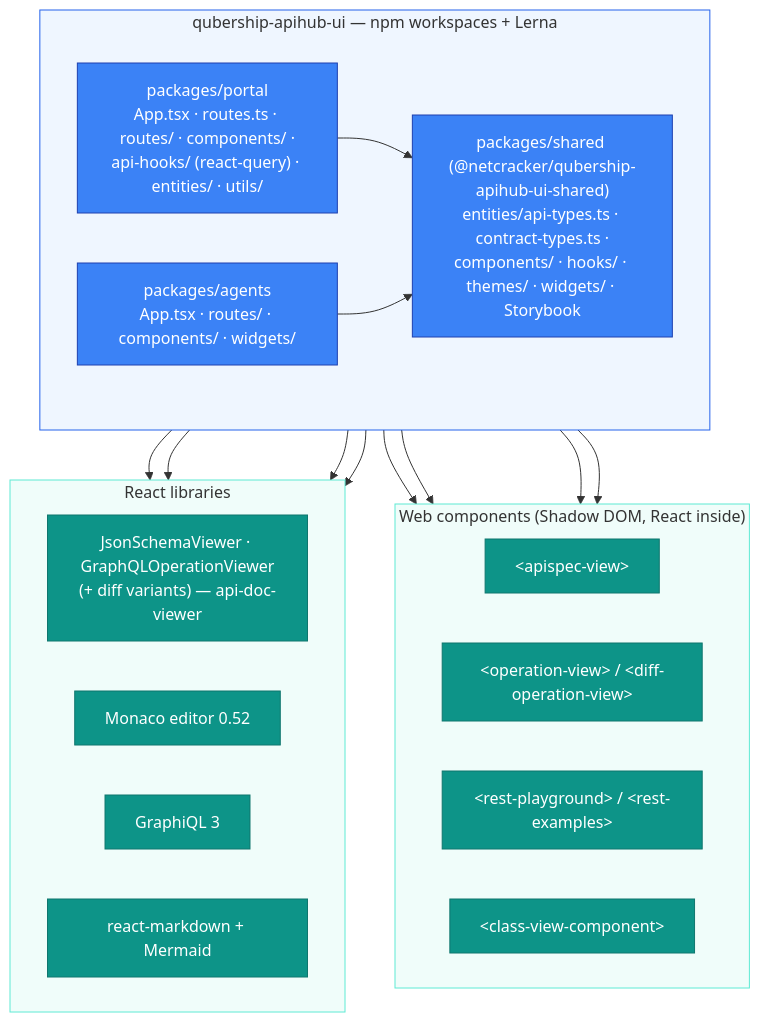
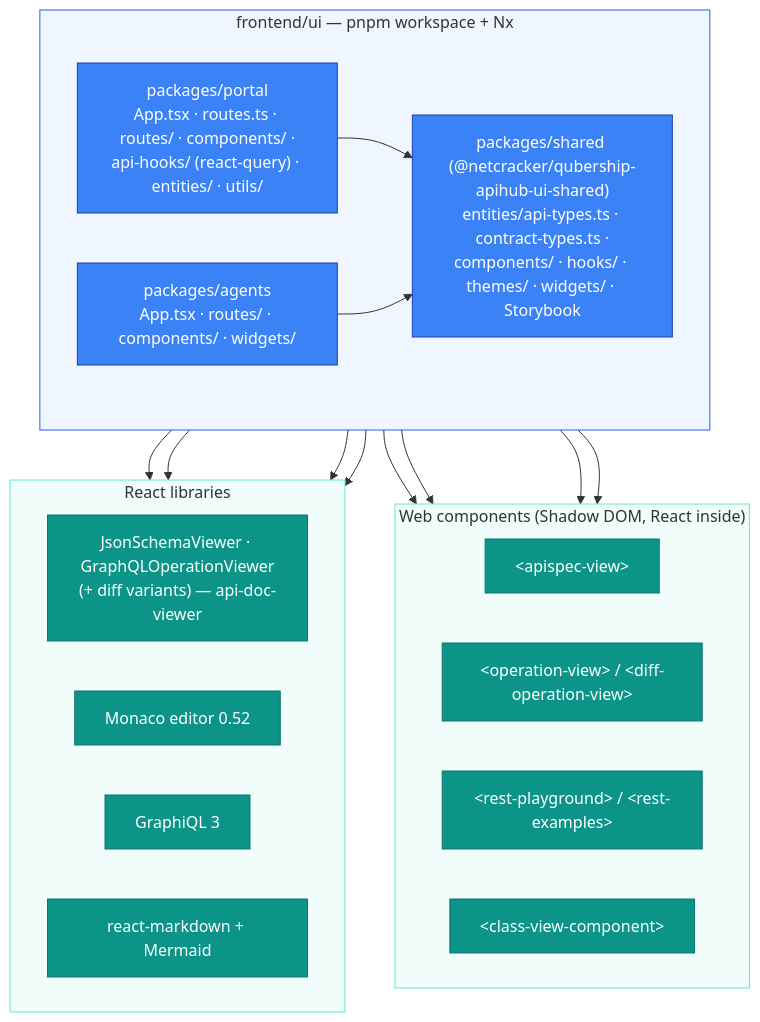
Diagram 19 of 26 in tools/architecture-model/c4/APIHUB_C4_architecture.md (Netcracker/qubership-apihub), drawn with Mermaid before and after one commit. The commit also changed other lines of this file and 9 other files, not shown here.

First line of the commit message:
fix(architecture-model): align the model facts with the monorepo

````diff
--- a/tools/architecture-model/c4/APIHUB_C4_architecture.md
+++ b/tools/architecture-model/c4/APIHUB_C4_architecture.md
@@ -1126,31 +1126,31 @@
 ```mermaid
 flowchart TB
-    subgraph mono ["qubership-apihub-ui — npm workspaces + Lerna"]
+    subgraph mono ["frontend/ui — pnpm workspace + Nx"]
         direction LR
         portal["packages/portal<br/>App.tsx · routes.ts · routes/ · components/ ·<br/>api-hooks/ (react-query) · entities/ · utils/"]:::comp
         agents["packages/agents<br/>App.tsx · routes/ · components/ · widgets/"]:::comp
         shared["packages/shared (@netcracker/qubership-apihub-ui-shared)<br/>entities/api-types.ts · contract-types.ts ·<br/>components/ · hooks/ · themes/ · widgets/ · Storybook"]:::comp
     end
     subgraph wc ["Web components (Shadow DOM, React inside)"]
         direction LR
         w1["&lt;apispec-view&gt;"]:::lib
         w2["&lt;operation-view&gt; / &lt;diff-operation-view&gt;"]:::lib
         w3["&lt;rest-playground&gt; / &lt;rest-examples&gt;"]:::lib
         w4["&lt;class-view-component&gt;"]:::lib
     end
     subgraph react ["React libraries"]
         direction LR
         rv["JsonSchemaViewer · GraphQLOperationViewer<br/>(+ diff variants) — api-doc-viewer"]:::lib
         monaco["Monaco editor 0.52"]:::lib
         graphiql["GraphiQL 3"]:::lib
         md["react-markdown + Mermaid"]:::lib
     end
     portal --> shared
     agents --> shared
     portal --> w1 & w2 & w3 & w4 & rv & monaco & graphiql & md
     classDef comp fill:#3b82f6,stroke:#1e40af,color:#fff
     classDef lib fill:#0d9488,stroke:#0f766e,color:#fff
     style mono fill:#eff6ff,stroke:#2563eb
     style wc fill:#f0fdfa,stroke:#5eead4
     style react fill:#f0fdfa,stroke:#5eead4
 ```
````
